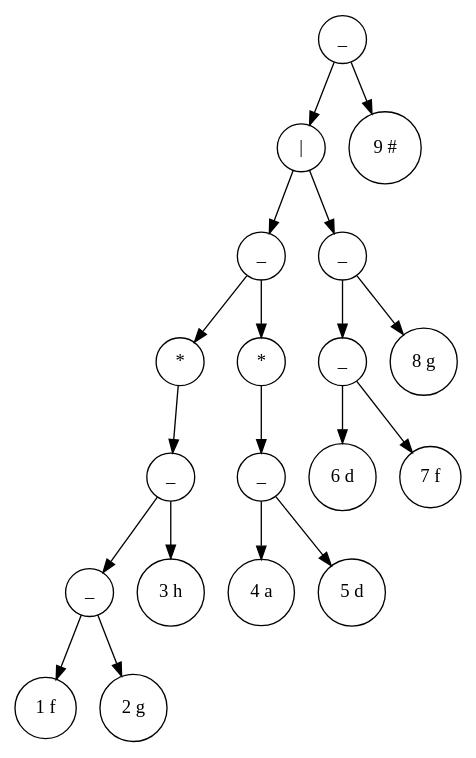
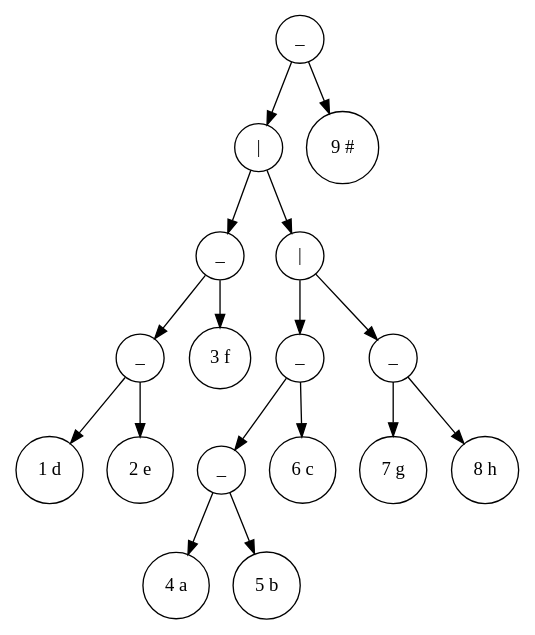
Before and after one commit to x6x4/LAB2_URGENCY: the diagram in tree_output/tree_output.dot, drawn with Graphviz. The commit also changed 6 other files, not shown here.

```diff
--- a/tree_output/tree_output.dot
+++ b/tree_output/tree_output.dot
@@ -1,40 +1,36 @@
 digraph Tree {
 node [shape=circle];
-93826611210512 [label="_"];
-93826611210512 -> 93826611210304;
-93826611210304 [label="|"];
-93826611210304 -> 93826611210016;
-93826611210016 [label="_"];
-93826611210016 -> 93826611209552;
-93826611209552 [label="*"];
-93826611209552 -> 93826611209504;
-93826611209504 [label="_"];
-93826611209504 -> 93826611209296;
-93826611209296 [label="_"];
-93826611209296 -> 93826611208944;
-93826611208944 [label="1 f"];
-93826611209296 -> 93826611209136;
-93826611209136 [label="2 g"];
-93826611209504 -> 93826611209344;
-93826611209344 [label="3 h"];
-93826611210016 -> 93826611209968;
-93826611209968 [label="*"];
-93826611209968 -> 93826611209920;
-93826611209920 [label="_"];
-93826611209920 -> 93826611209600;
-93826611209600 [label="4 a"];
-93826611209920 -> 93826611209760;
-93826611209760 [label="5 d"];
-93826611210304 -> 93826611210256;
-93826611210256 [label="_"];
-93826611210256 -> 93826611210160;
-93826611210160 [label="_"];
-93826611210160 -> 93826611210064;
-93826611210064 [label="6 d"];
-93826611210160 -> 93826611210112;
-93826611210112 [label="7 f"];
-93826611210256 -> 93826611210208;
-93826611210208 [label="8 g"];
-93826611210512 -> 93826611210352;
-93826611210352 [label="9 #"];
+94049953454544 [label="_"];
+94049953454544 -> 94049953454336;
+94049953454336 [label="|"];
+94049953454336 -> 94049953453296;
+94049953453296 [label="_"];
+94049953453296 -> 94049953453088;
+94049953453088 [label="_"];
+94049953453088 -> 94049953452736;
+94049953452736 [label="1 d"];
+94049953453088 -> 94049953452928;
+94049953452928 [label="2 e"];
+94049953453296 -> 94049953453136;
+94049953453136 [label="3 f"];
+94049953454336 -> 94049953454288;
+94049953454288 [label="|"];
+94049953454288 -> 94049953453872;
+94049953453872 [label="_"];
+94049953453872 -> 94049953453664;
+94049953453664 [label="_"];
+94049953453664 -> 94049953453344;
+94049953453344 [label="4 a"];
+94049953453664 -> 94049953453504;
+94049953453504 [label="5 b"];
+94049953453872 -> 94049953453712;
+94049953453712 [label="6 c"];
+94049953454288 -> 94049953454240;
+94049953454240 [label="_"];
+94049953454240 -> 94049953453920;
+94049953453920 [label="7 g"];
+94049953454240 -> 94049953454080;
+94049953454080 [label="8 h"];
+94049953454544 -> 94049953454384;
+94049953454384 [label="9 #"];
 }
```
